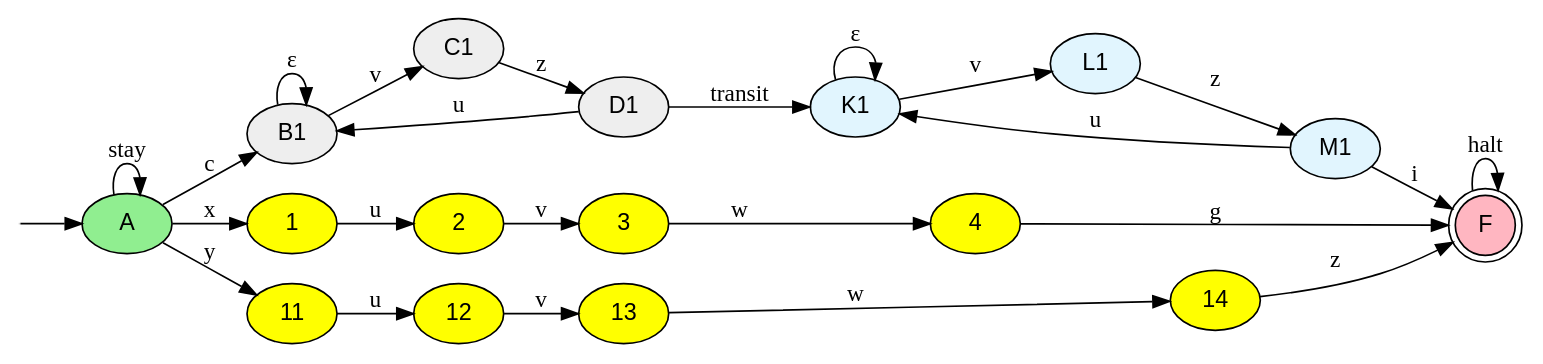
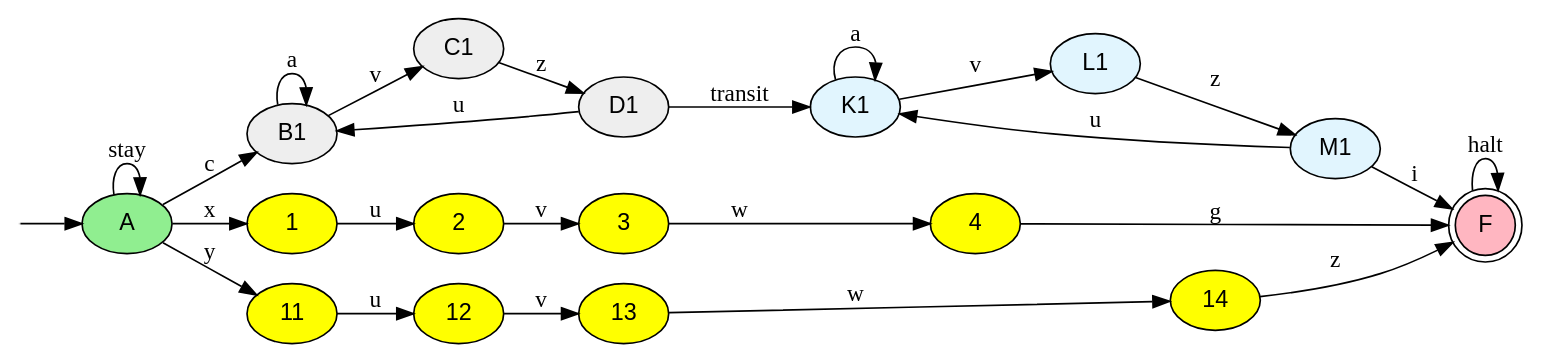
One commit to katsmil/dfa-to-fdfa changed the diagram in VAF/example_automaton.dot. Above: the diagram before and after it, drawn with Graphviz. The commit also changed 1 other file, not shown here.

```diff
--- a/VAF/example_automaton.dot
+++ b/VAF/example_automaton.dot
@@ -1,55 +1,67 @@
 digraph G {
-  rankdir=LR;
-  node [fontname="Arial", style=filled]; // Standaard stijl voor alle knopen
-
-  __start0 [label="" shape=none width=0 height=0];
-  __start0 -> A;
-  A [fillcolor=lightgreen];
-  F [shape=doublecircle, fillcolor=lightpink];
-
-  // --- REGIO ALPHA (Grijze tint) ---
-  node [fillcolor="#eeeeee"]; 
-  a_B1 [label="B1"]; a_C1 [label="C1"]; a_D1 [label="D1"];
-
-  a_B1 -> a_C1 [label="v"];
-  a_C1 -> a_D1 [label="z"];
-  a_D1 -> a_B1 [label="u"];
-  
-  a_B1 -> a_B1 [label="ε"];
-
-  // --- REGIO BETA (Blauwe tint) ---
-  node [fillcolor="#e1f5fe"];
-  b_K1 [label="K1"]; b_L1 [label="L1"]; b_M1 [label="M1"];
-
-  b_K1 -> b_L1 [label="v"];
-  b_L1 -> b_M1 [label="z"];
-  b_M1 -> b_K1 [label="u"];
- 
-  b_K1 -> b_K1 [label="ε"];
-  
-  // ---REGIO ACYCLISCH ---
-  node [fillcolor="#FFFF00"];
-  1; 2; 3; 4;
-  11;12;13;14
-  1 -> 2 [label="u"];
-  2 -> 3 [label="v"];
-  3 -> 4 [label="w"];
-  
-  11 -> 12 [label="u"];
-  12 -> 13 [label="v"];
-  13 -> 14 [label="w"];
-
-  // --- Verbindingen ---
-  node [fillcolor=white]; // Reset kleur voor rest
-  A -> a_B1 [label="c"];
-  A -> 1 [label="x"];
-  A -> 11 [label="y"];
-  a_D1 -> b_K1 [label="transit"];
-  b_M1 -> F [label="i"];
- 
-  14 -> F [label="z"];
-  4 -> F [label="g"];
-  
-  A  -> A  [label="stay"];
-  F  -> F  [label="halt"];
+    rankdir = LR;
+    node [fontname = "Arial"; style = filled;];
+    // Standaard stijl voor alle knopen
+    
+    __start0 [label = "";shape = none;width = 0;height = 0;];
+    __start0 -> A;
+    A [fillcolor = lightgreen;];
+    F [shape = doublecircle;fillcolor = lightpink;];
+    
+    // --- REGIO ALPHA (Grijze tint) ---
+    node [fillcolor = "#eeeeee";];
+    a_B1 [label = "B1";];
+    a_C1 [label = "C1";];
+    a_D1 [label = "D1";];
+    
+    a_B1 -> a_C1 [label = "v";];
+    a_C1 -> a_D1 [label = "z";];
+    a_D1 -> a_B1 [label = "u";];
+    
+    a_B1 -> a_B1 [label = "a";];
+    
+    // --- REGIO BETA (Blauwe tint) ---
+    node [fillcolor = "#e1f5fe";];
+    b_K1 [label = "K1";];
+    b_L1 [label = "L1";];
+    b_M1 [label = "M1";];
+    
+    b_K1 -> b_L1 [label = "v";];
+    b_L1 -> b_M1 [label = "z";];
+    b_M1 -> b_K1 [label = "u";];
+    
+    b_K1 -> b_K1 [label = "a";];
+    
+    // ---REGIO ACYCLISCH ---
+    node [fillcolor = "#FFFF00";];
+    1;
+    2;
+    3;
+    4;
+    11;
+    12;
+    13;
+    14;
+    1 -> 2 [label = "u";];
+    2 -> 3 [label = "v";];
+    3 -> 4 [label = "w";];
+    
+    11 -> 12 [label = "u";];
+    12 -> 13 [label = "v";];
+    13 -> 14 [label = "w";];
+    
+    // --- Verbindingen ---
+    node [fillcolor = white;];
+    // Reset kleur voor rest
+    A -> a_B1 [label = "c";];
+    A -> 1 [label = "x";];
+    A -> 11 [label = "y";];
+    a_D1 -> b_K1 [label = "transit";];
+    b_M1 -> F [label = "i";];
+    
+    14 -> F [label = "z";];
+    4 -> F [label = "g";];
+    
+    A -> A [label = "stay";];
+    F -> F [label = "halt";];
 }
```
